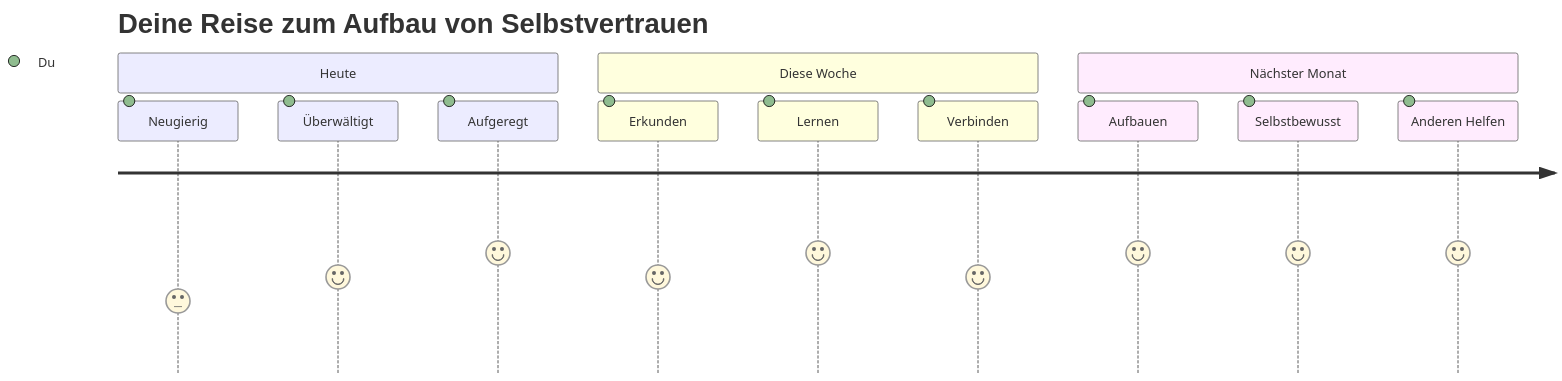
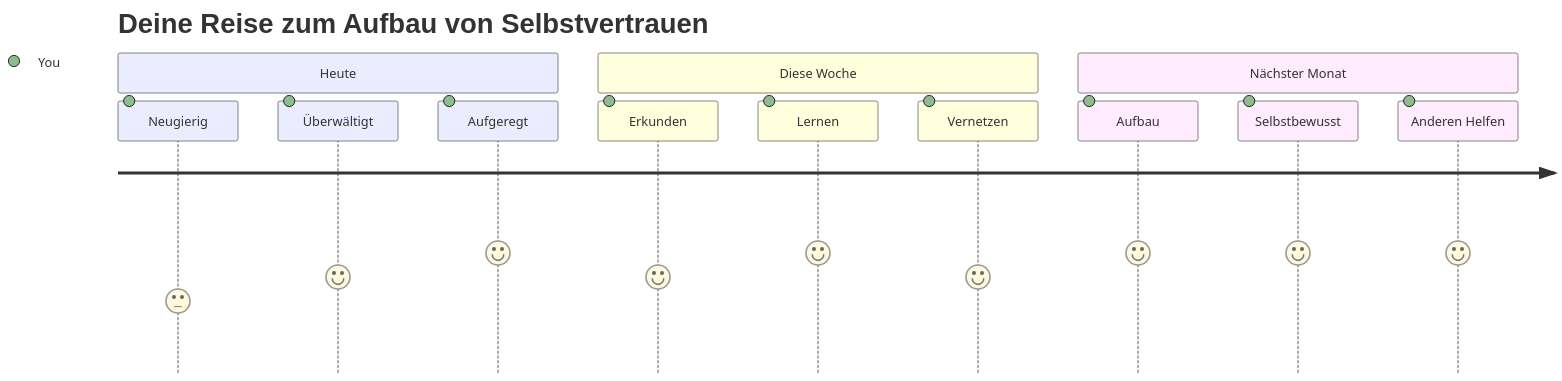
Before and after one commit to microsoft/Web-Dev-For-Beginners: the seventh of 7 diagrams in translations/de/1-getting-started-lessons/1-intro-to-programming-languages/README.md, drawn with Mermaid. The commit also changed other lines of this file and 11 other files, not shown here.

````diff
--- a/translations/de/1-getting-started-lessons/1-intro-to-programming-languages/README.md
+++ b/translations/de/1-getting-started-lessons/1-intro-to-programming-languages/README.md
@@ -833,16 +831,16 @@
 ```mermaid
 journey
     title Deine Reise zum Aufbau von Selbstvertrauen
     section Heute
-      Neugierig: 3: Du
-      Überwältigt: 4: Du
-      Aufgeregt: 5: Du
+      Neugierig: 3: You
+      Überwältigt: 4: You
+      Aufgeregt: 5: You
     section Diese Woche
-      Erkunden: 4: Du
-      Lernen: 5: Du
-      Verbinden: 4: Du
+      Erkunden: 4: You
+      Lernen: 5: You
+      Vernetzen: 4: You
     section Nächster Monat
-      Aufbauen: 5: Du
-      Selbstbewusst: 5: Du
-      Anderen Helfen: 5: Du
+      Aufbau: 5: You
+      Selbstbewusst: 5: You
+      Anderen Helfen: 5: You
 ```
````
